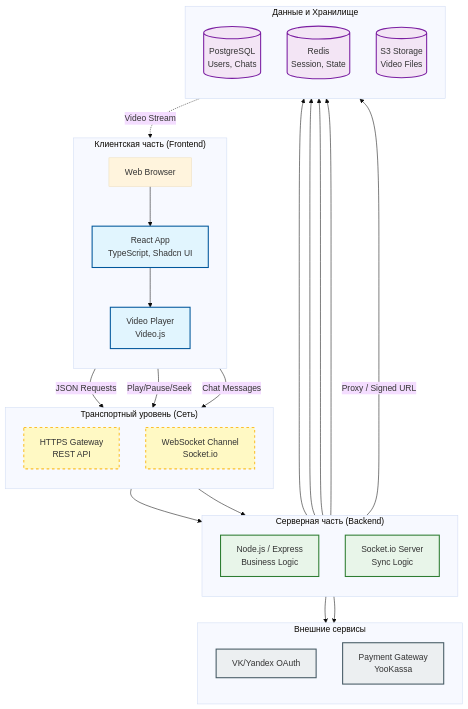
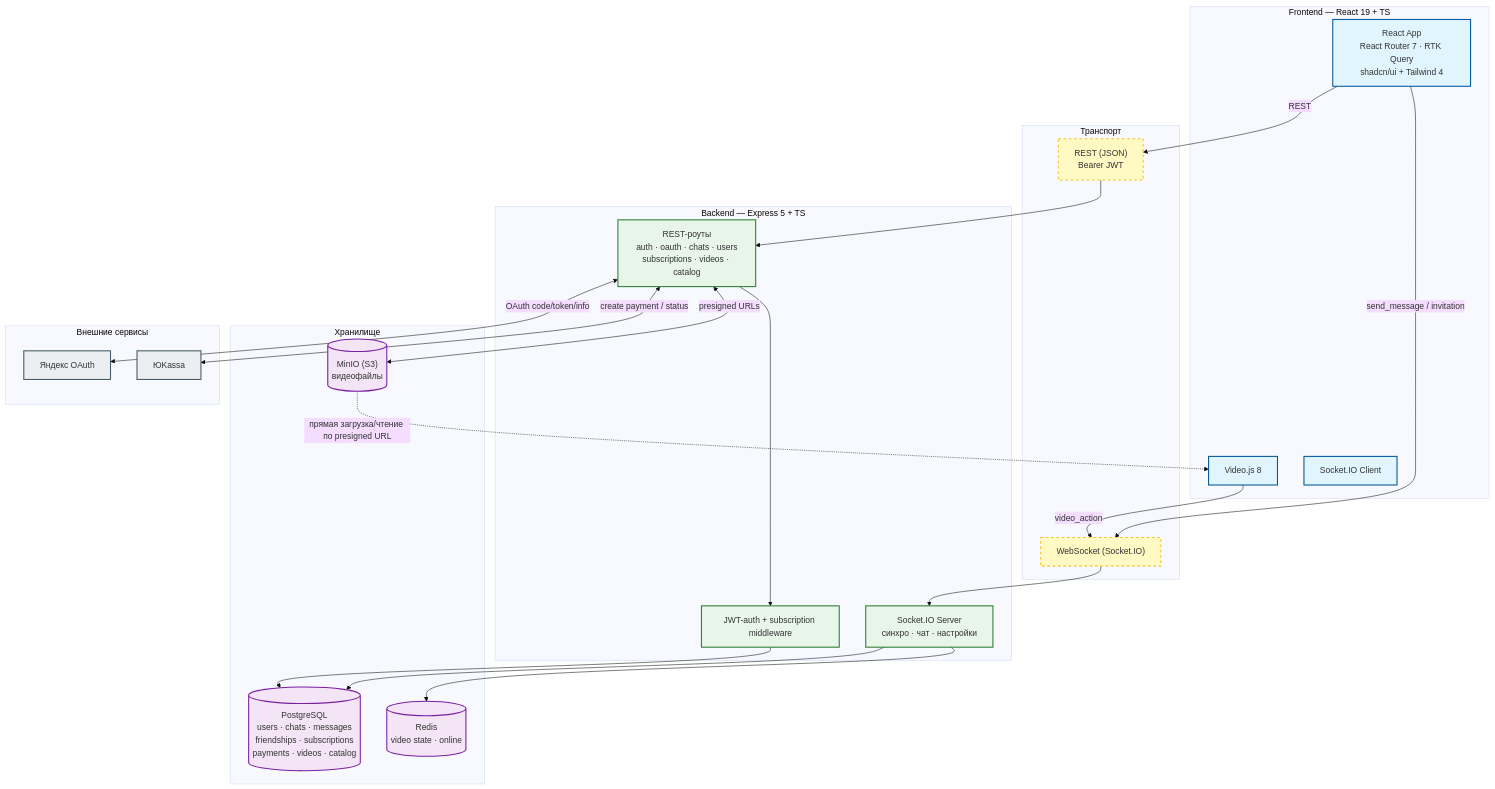
One commit to MaltsevNikitaJu/wathtogether_projet_frontend changed the second of 7 diagrams in README.md. Above: the diagram before and after it, drawn with Mermaid (base theme). The commit also changed other lines of this file, not shown here.

````diff
--- a/README.md
+++ b/README.md
@@ -145,67 +135,51 @@
 ```mermaid
 graph TB
-    %% СТИЛИ ДЛЯ УЗЛОВ
     classDef client fill:#e1f5fe,stroke:#01579b,stroke-width:2px
     classDef transport fill:#fff9c4,stroke:#fbc02d,stroke-width:2px,stroke-dasharray: 5 5
     classDef server fill:#e8f5e9,stroke:#2e7d32,stroke-width:2px
     classDef storage fill:#f3e5f5,stroke:#7b1fa2,stroke-width:2px
     classDef external fill:#eceff1,stroke:#455a64,stroke-width:2px
 
-    subgraph Client ["Клиентская часть (Frontend)"]
-        direction TB
-        Browser[Web Browser]
-        React[React App<br/>TypeScript, Shadcn UI]:::client
-        Player[Video Player<br/>Video.js]:::client
-        
-        Browser --> React
-        React --> Player
+    subgraph Client["Frontend — React 19 + TS"]
+        App["React App<br/>React Router 7 · RTK Query<br/>shadcn/ui + Tailwind 4"]:::client
+        Player["Video.js 8"]:::client
+        SocketC["Socket.IO Client"]:::client
     end
 
-    %% ПРОСЛОЙКА ПЕРЕДАЧИ ДАННЫХ (СЕТЬ)
-    subgraph Transport ["Транспортный уровень (Сеть)"]
-        direction TB
-        HTTPS[HTTPS Gateway<br/>REST API]:::transport
-        WSS[WebSocket Channel<br/>Socket.io]:::transport
+    subgraph Transport["Транспорт"]
+        REST["REST (JSON)<br/>Bearer JWT"]:::transport
+        WS["WebSocket (Socket.IO)"]:::transport
     end
 
-    subgraph Server ["Серверная часть (Backend)"]
-        direction TB
-        Node[Node.js / Express<br/>Business Logic]:::server
-        SocketServer[Socket.io Server<br/>Sync Logic]:::server
+    subgraph Server["Backend — Express 5 + TS"]
+        Routes["REST-роуты<br/>auth · oauth · chats · users<br/>subscriptions · videos · catalog"]:::server
+        SocketS["Socket.IO Server<br/>синхро · чат · настройки"]:::server
+        MW["JWT-auth + subscription middleware"]:::server
     end
 
-    subgraph Storage ["Данные и Хранилище"]
-        direction TB
-        Postgres[(PostgreSQL<br/>Users, Chats)]:::storage
-        Redis[(Redis<br/>Session, State)]:::storage
-        S3[(S3 Storage<br/>Video Files)]:::storage
+    subgraph Storage["Хранилище"]
+        PG[("PostgreSQL<br/>users · chats · messages<br/>friendships · subscriptions<br/>payments · videos · catalog")]:::storage
+        Redis[("Redis<br/>video state · online")]:::storage
+        MinIO[("MinIO (S3)<br/>видеофайлы")]:::storage
     end
 
-    subgraph External ["Внешние сервисы"]
-        direction TB
-        OAuth[VK/Yandex OAuth]:::external
-        Pay[Payment Gateway<br/>YooKassa]:::external
+    subgraph External["Внешние сервисы"]
+        Yandex["Яндекс OAuth"]:::external
+        YK["ЮKassa"]:::external
     end
 
-    %% ЦЕПОЧКИ ВЗАИМОДЕЙСТВИЯ (Через прослойку)
+    App -->|"REST"| REST
+    REST --> Routes
+    Routes --> MW
+    MW --> PG
+    Routes <-->|"OAuth code/token/info"| Yandex
+    Routes <-->|"create payment / status"| YK
+    Routes <-->|"presigned URLs"| MinIO
 
-    %% 1. Авторизация, Profil, Payments (через HTTPS)
-    React -->|"JSON Requests"| HTTPS
-    HTTPS --> Node
-    Node --> Postgres
-    Node --> Redis
-    Node --> OAuth
-    Node --> Pay
-
-    %% 2. Синхронизация и Чат (через WebSocket)
-    Player -->|"Play/Pause/Seek"| WSS
-    React -->|"Chat Messages"| WSS
-    WSS --> SocketServer
-    SocketServer --> Redis
-    SocketServer --> S3
-
-    %% 3. Стриминг видео (Прямой поток для плеера)
-    %% Note: Плеер может брать видео напрямую с S3, но часто через Node (для защиты ссылок)
-    Node -->|"Proxy / Signed URL"| S3
-    S3 -.->|"Video Stream"| Player
+    Player -->|"video_action"| WS
+    App -->|"send_message / invitation"| WS
+    WS --> SocketS
+    SocketS --> Redis
+    SocketS --> PG
+    MinIO -.->|"прямая загрузка/чтение по presigned URL"| Player
 ```
````
